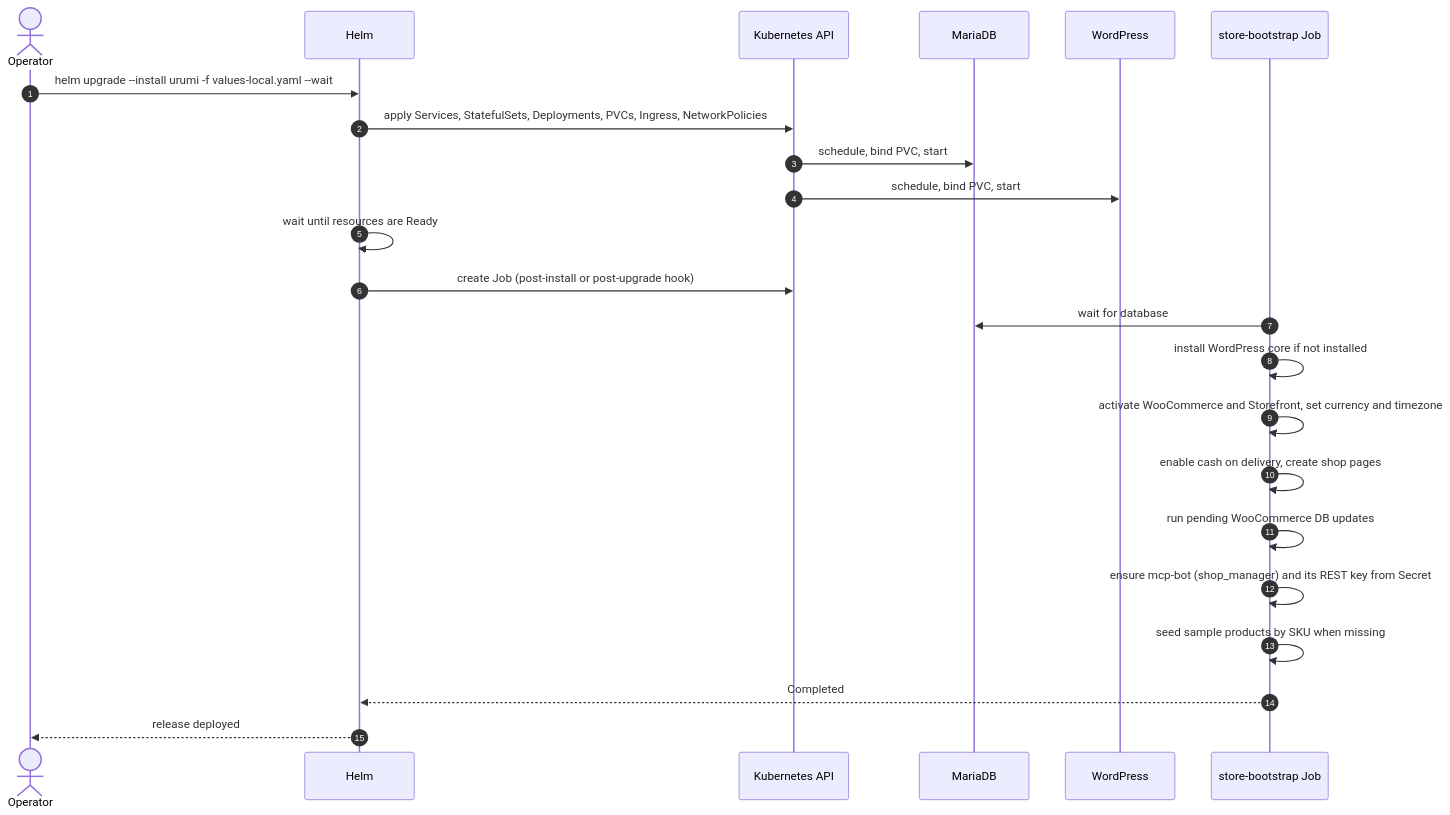
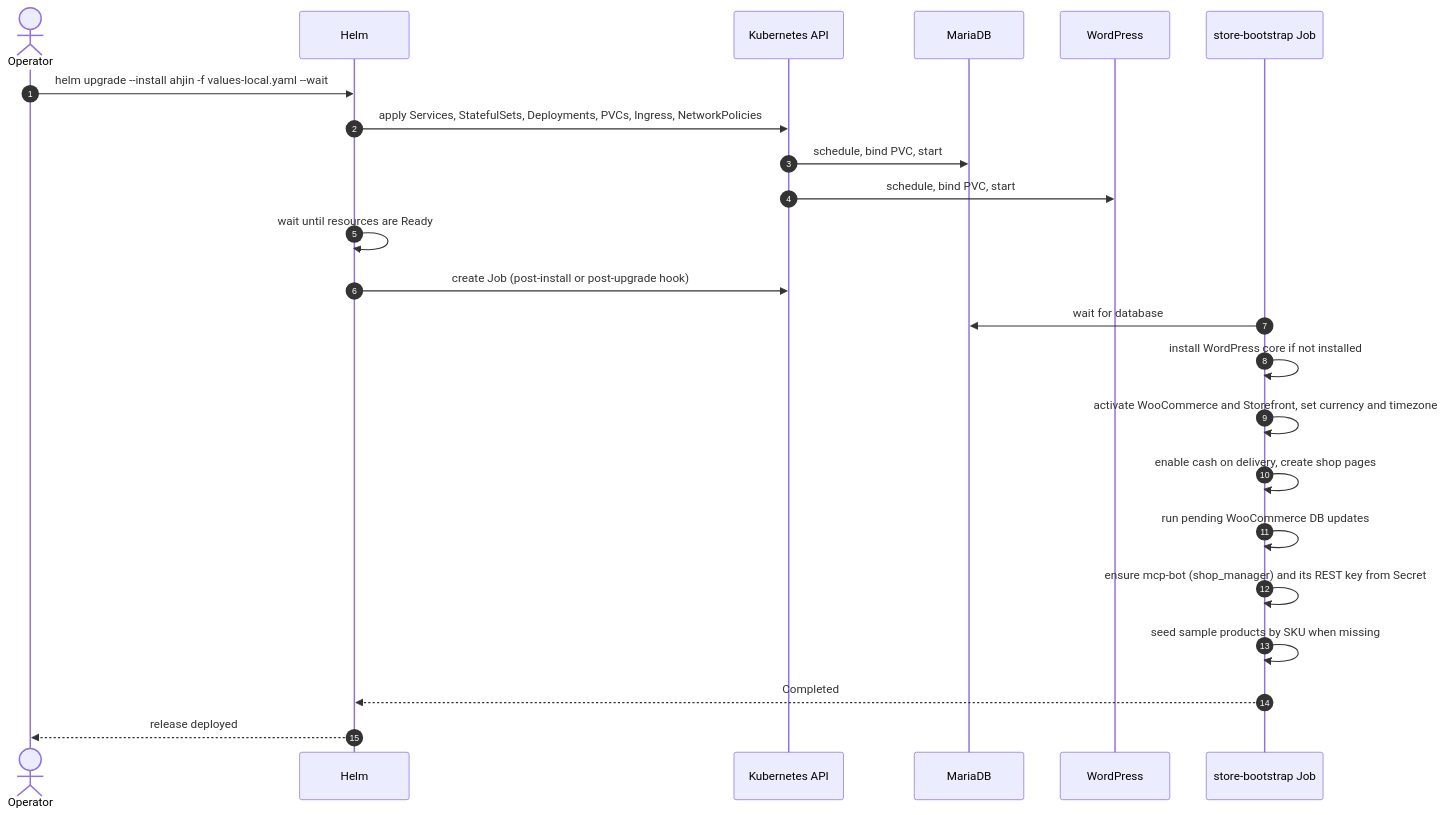
Before and after one commit to Mohan0112/Merchant_MCP_gateway: diagram 21 of 27 in docs/PROJECT_PLAN.md, drawn with Mermaid. The commit also changed other lines of this file and 135 other files, not shown here.

````diff
--- a/docs/PROJECT_PLAN.md
+++ b/docs/PROJECT_PLAN.md
@@ -1740,26 +1740,26 @@
 ```mermaid
 sequenceDiagram
     autonumber
     actor Dev as Operator
     participant H as Helm
     participant K as Kubernetes API
     participant DB as MariaDB
     participant WP as WordPress
     participant J as store-bootstrap Job
 
-    Dev->>H: helm upgrade --install urumi -f values-local.yaml --wait
+    Dev->>H: helm upgrade --install ahjin -f values-local.yaml --wait
     H->>K: apply Services, StatefulSets, Deployments, PVCs, Ingress, NetworkPolicies
     K->>DB: schedule, bind PVC, start
     K->>WP: schedule, bind PVC, start
     H->>H: wait until resources are Ready
     H->>K: create Job (post-install or post-upgrade hook)
     J->>DB: wait for database
     J->>J: install WordPress core if not installed
     J->>J: activate WooCommerce and Storefront, set currency and timezone
     J->>J: enable cash on delivery, create shop pages
     J->>J: run pending WooCommerce DB updates
     J->>J: ensure mcp-bot (shop_manager) and its REST key from Secret
     J->>J: seed sample products by SKU when missing
     J-->>H: Completed
     H-->>Dev: release deployed
 ```
````
